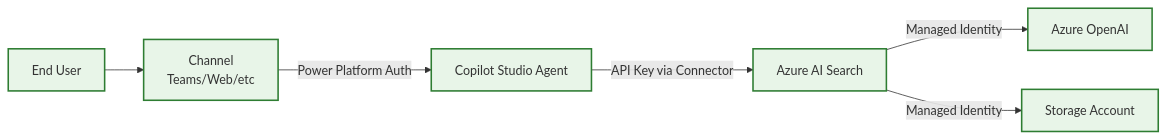
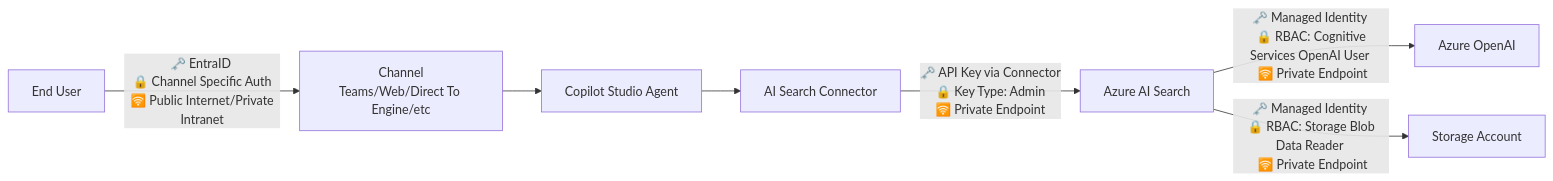
The second of 3 diagrams in docs/security_considerations.md (Azure-Samples/Copilot-Studio-with-Azure-AI-Search), drawn with Mermaid before and after one commit. The commit also changed other lines of this file, not shown here.

Commit message:
docs: update security considerations with quick start checklist and enhanced diagrams

````diff
--- a/docs/security_considerations.md
+++ b/docs/security_considerations.md
@@ -163,11 +172,9 @@
 ```mermaid
 graph LR
-    User[End User] --> Channel[Channel<br/>Teams/Web/etc]
-    Channel --> |Power Platform Auth| Agent[Copilot Studio Agent]
-    Agent --> |API Key via Connector| AISearch[Azure AI Search]
-    AISearch --> |Managed Identity| OpenAI[Azure OpenAI]
-    AISearch --> |Managed Identity| Storage[Storage Account]
-    
-    classDef userFlow fill:#e8f5e8,stroke:#2e7d32,stroke-width:2px
-    class User,Channel,Agent,AISearch,OpenAI,Storage userFlow
+    User[End User] --> | 🗝️ EntraID <br> 🔒 Channel Specific Auth <br> 🛜 Public Internet/Private Intranet | Channel[Channel<br/>Teams/Web/Direct To Engine/etc]
+    Channel --> Agent[Copilot Studio Agent]
+    Agent --> Connector[AI Search Connector]
+    Connector --> |🗝️ API Key via Connector <br> 🔒 Key Type: Admin <br> 🛜 Private Endpoint| AISearch[Azure AI Search]
+    AISearch --> |🗝️ Managed Identity <br> 🔒 RBAC: Cognitive Services OpenAI User <br> 🛜 Private Endpoint| OpenAI[Azure OpenAI]
+    AISearch --> |🗝️ Managed Identity <br> 🔒 RBAC: Storage Blob Data Reader <br> 🛜 Private Endpoint| Storage[Storage Account]
 ```
````
